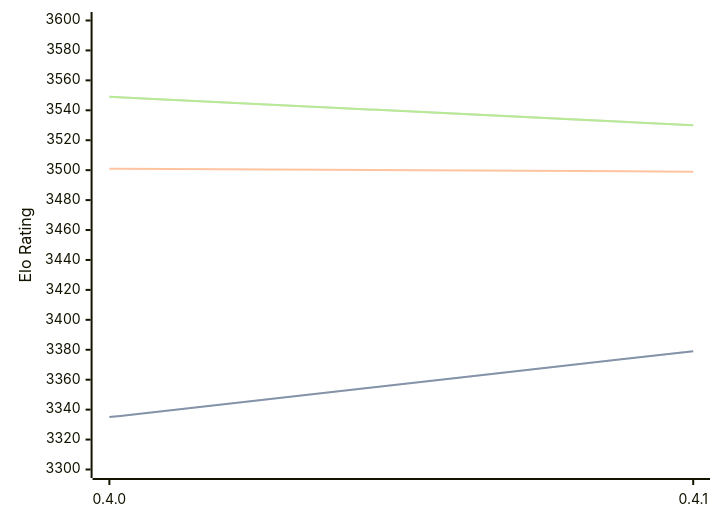
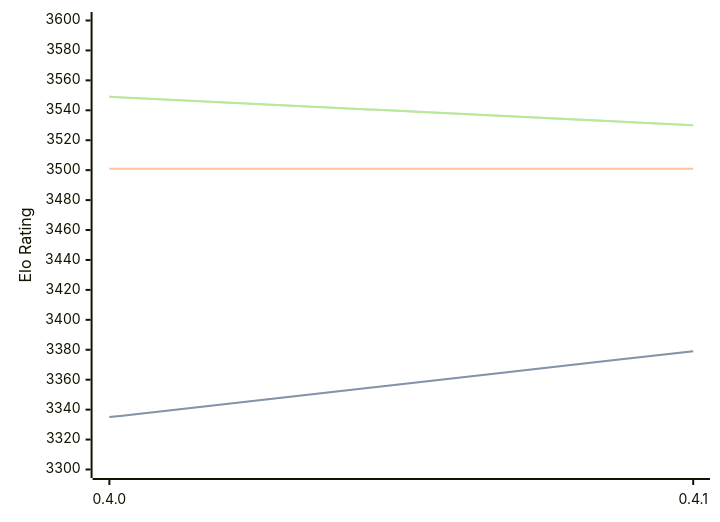
One commit to computer-chess-index/cci changed the diagram in engines/Cinder.md. Above: the diagram before and after it, drawn with Mermaid. The commit also changed other lines of this file, not shown here.

````diff
--- a/engines/Cinder.md
+++ b/engines/Cinder.md
@@ -40,11 +40,11 @@
 ```mermaid
 %%{init: {"theme":"base","themeVariables":{"seriesColors:['#a3a3a3','#222221','#faa371']}}}%%
 xychart-beta
   x-axis ["0.4.0", "0.4.1"]
   y-axis "Elo Rating" 3300 --> 3600
   line "STC (8.0+0.08s)" [3335, 3379]
   line "STC (8.0+0.08s)" [3335, 3379]
-  line "LTC (60.0+0.60s)" [3501, 3499]
+  line "LTC (60.0+0.60s)" [3501, 3501]
   line "VLTC (2m24s+1.12s)" [3549, 3530]
   line "VLTC (2m24s+1.12s)" [3549, 3530]
 ```
````
